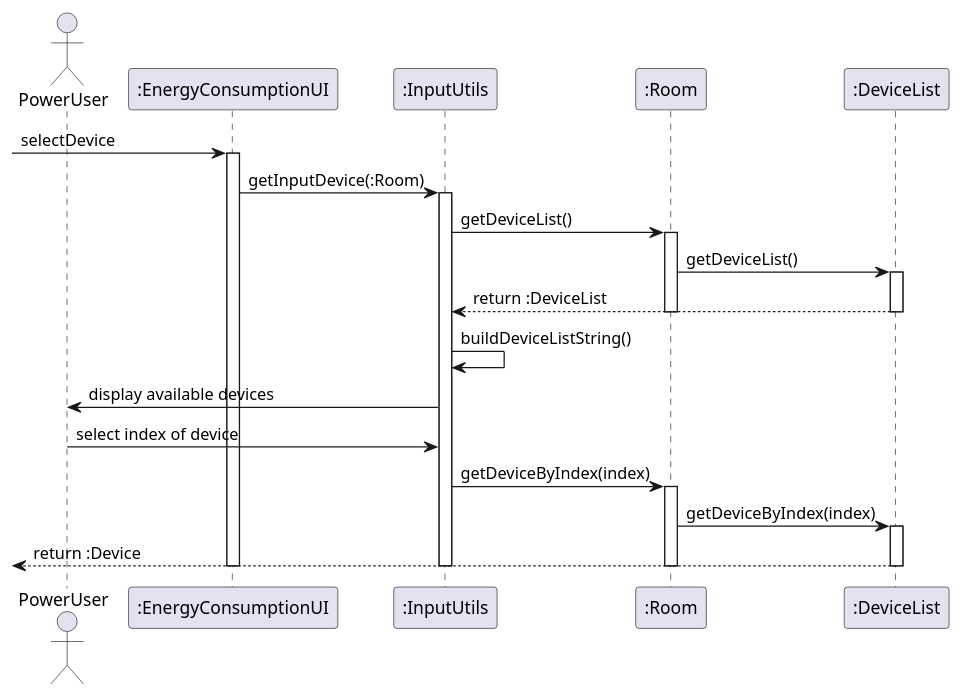
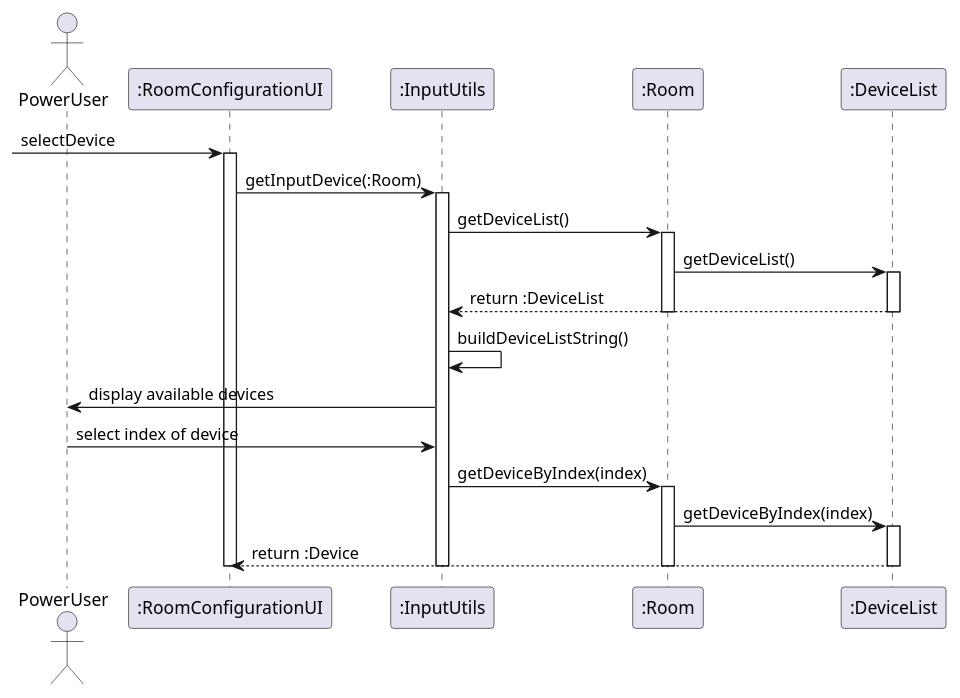
Before and after one commit to Almadanmp/project: the diagram in uml/US222/US222 Ref Select Device.puml, drawn with PlantUML. The commit also changed 2 other files, not shown here.

Commit message:
#103 - UML Sequence Diagram

```diff
--- a/uml/US222/US222 Ref Select Device.puml
+++ b/uml/US222/US222 Ref Select Device.puml
@@ -1,28 +1,28 @@
 @startuml
 
 actor PowerUser
 
--> ":EnergyConsumptionUI": selectDevice
-activate ":EnergyConsumptionUI"
-":EnergyConsumptionUI" -> ":InputUtils": getInputDevice(:Room)
+-> ":RoomConfigurationUI": selectDevice
+activate ":RoomConfigurationUI"
+":RoomConfigurationUI" -> ":InputUtils": getInputDevice(:Room)
 activate ":InputUtils"
 ":InputUtils" -> ":Room": getDeviceList()
 activate ":Room"
 ":Room" -> ":DeviceList": getDeviceList()
 activate ":DeviceList"
 ":DeviceList" --> ":InputUtils": return :DeviceList
 deactivate ":DeviceList"
 deactivate ":Room"
 ":InputUtils" -> ":InputUtils": buildDeviceListString()
 ":InputUtils" -> PowerUser: display available devices
 PowerUser -> ":InputUtils":  select index of device
 ":InputUtils" -> ":Room": getDeviceByIndex(index)
 activate ":Room"
 ":Room" -> ":DeviceList": getDeviceByIndex(index)
 activate ":DeviceList"
-<-- ":DeviceList": return :Device
+":DeviceList" --> ":RoomConfigurationUI": return :Device
 deactivate ":DeviceList"
 deactivate ":Room"
-deactivate ":EnergyConsumptionUI"
+deactivate ":RoomConfigurationUI"
 deactivate ":InputUtils"
 @enduml
```
